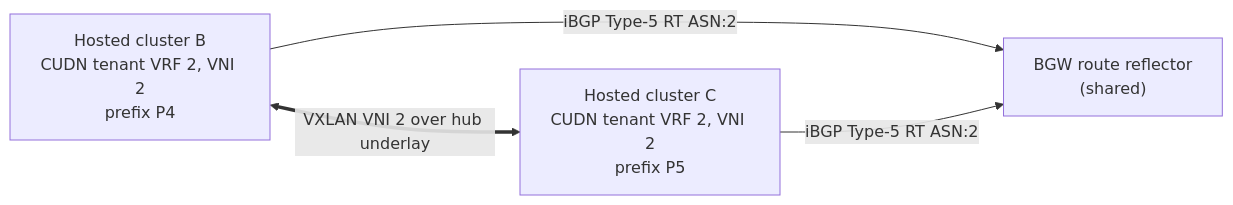
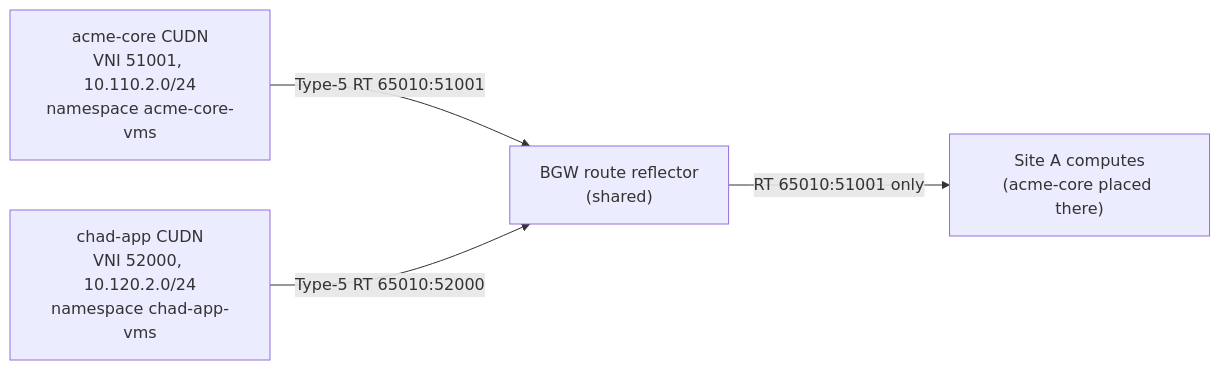
One commit to hybrid-sovereign-cloud/hybridcloud-demojam changed the third of 11 diagrams in design/fabric.md. Above: the diagram before and after it, drawn with Mermaid. The commit also changed other lines of this file and 9 other files, not shown here.

````diff
--- a/design/fabric.md
+++ b/design/fabric.md
@@ -221,6 +230,6 @@
 ```mermaid
 flowchart LR
-  B1["Hosted cluster B\nCUDN tenant VRF 2, VNI 2\nprefix P4"] -- "iBGP Type-5 RT ASN:2" --> RR["BGW route reflector\n(shared)"]
-  B2["Hosted cluster C\nCUDN tenant VRF 2, VNI 2\nprefix P5"] -- "iBGP Type-5 RT ASN:2" --> RR
-  B1 <== "VXLAN VNI 2 over hub underlay" ==> B2
+  A["acme-core CUDN\nVNI 51001, 10.110.2.0/24\nnamespace acme-core-vms"] -- "Type-5 RT 65010:51001" --> RR["BGW route reflector\n(shared)"]
+  B["chad-app CUDN\nVNI 52000, 10.120.2.0/24\nnamespace chad-app-vms"] -- "Type-5 RT 65010:52000" --> RR
+  RR -- "RT 65010:51001 only" --> S["Site A computes\n(acme-core placed there)"]
 ```
````
